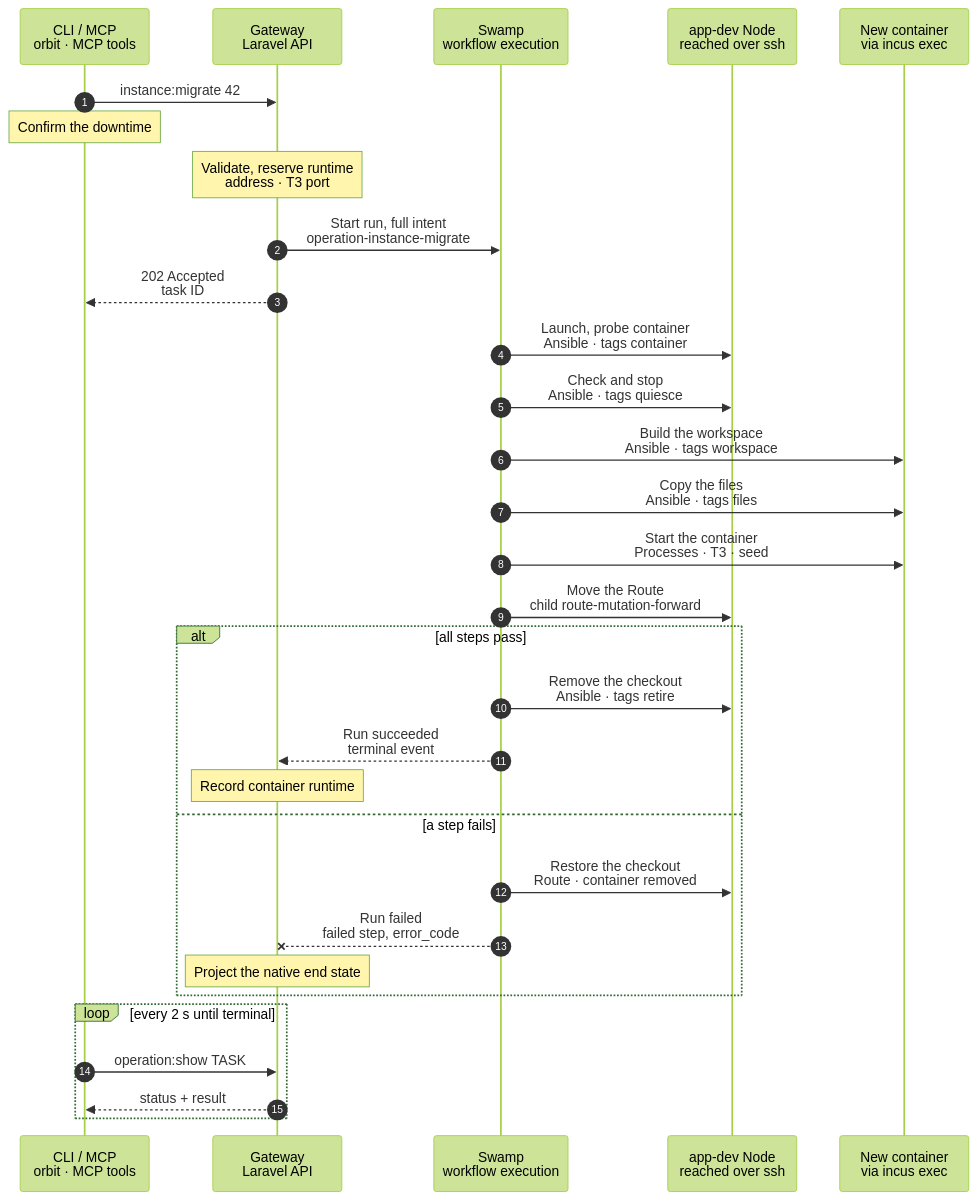
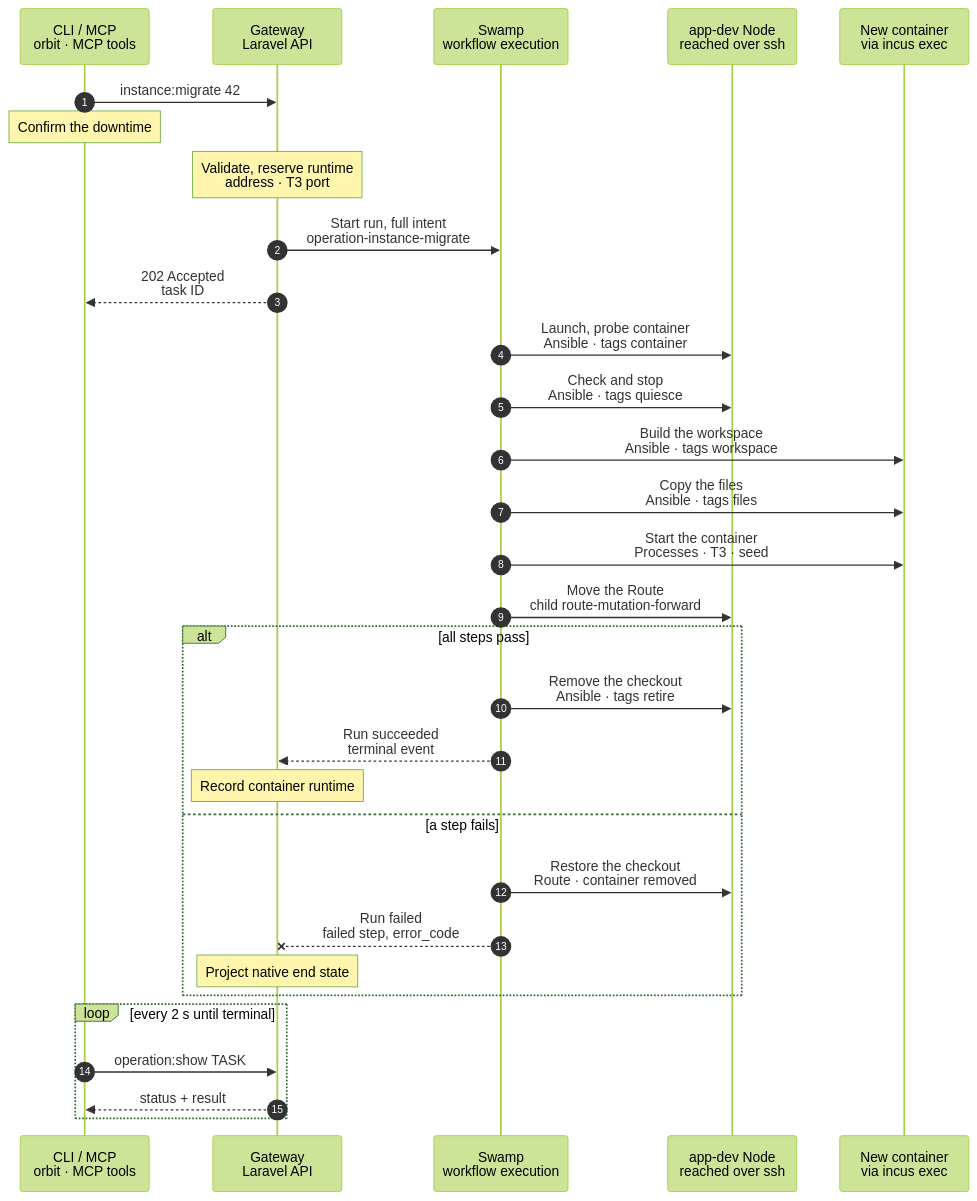
One commit to hardimpactdev/orbit changed the diagram in docs/cli/instance/migrate.mmd. Above: the diagram before and after it, drawn with Mermaid (forest theme).

Commit message:
docs: shorten migrate settlement chart label

```diff
--- a/docs/cli/instance/migrate.mmd
+++ b/docs/cli/instance/migrate.mmd
@@ -1,112 +1,112 @@
 sequenceDiagram
   %% Container runtime (ADR 0250 step 8, docs/reference/development-containers.md#migrate-a-checkout-instance): one checkout Instance moves into a container, with its code. Its database stays where it is, and the container gets its own way to it. A default Instance moves before the other Instances of its Project, and keeps its checkout until its last worktree has moved. The command exists only until the last checkout Instance has moved (docs/reference/old-paths.md). The container steps are the phases of docs/cli/instance/container/create-default.mmd and create.mmd.
   %% status: draft
   %% command: instance:migrate
   %% kind: instance.migrate
   autonumber
   %% lane CLI icon=terminal pill=caller tone=gray
   %% lane GW icon=gateway pill=intent tone=blue
   %% lane SW icon=workflow pill=executes tone=green
   %% lane N icon=server pill=target tone=amber
   %% lane C icon=server pill=target tone=purple
   participant CLI as CLI / MCP<br/>orbit · MCP tools
   participant GW as Gateway<br/>Laravel API
   participant SW as Swamp<br/>workflow execution
   participant N as app-dev Node<br/>reached over ssh
   participant C as New container<br/>via incus exec
   CLI->>GW: instance:migrate 42
   %%> Command:
   %%> - `orbit instance:migrate INSTANCE`
   %%> - syntax: `<instance> [--force] [--idempotency-key=KEY] [--json]`
   Note over CLI: Confirm the downtime
   %%> What it asks:
   %%> - the Instance goes down during the move, and its old checkout moves to retention after it; `--force` answers yes
   Note over GW: Validate, reserve runtime<br/>address · T3 port
   %%> Requirements:
   %%> - the Instance is an active checkout Instance on an `app-dev` Node of the build list, else `instance.migrate_unsupported`
   %%> - a non-default Instance needs its Project's default Instance in a container first, else `instance.default_not_migrated`
   %%> - the Instance has only ordinary systemd or supported `vp-dev` Processes, no unfinished deployment or Process operation/runtime cleanup and no Route beside its own; a non-default Instance needs Conn and the model router, as a clone does
   %%> - `vp-dev` keeps its identity, assigned port and desired state; unsupported preset versions, custom commands, external paths and recorded container port conflicts refuse before downtime, naming the Process and reason
   %%> - a web-serving Project names its PHP version; a missing version refuses with `project.source_defaults_incomplete`, naming `orbit project:update PROJECT --source-access=github_app` to record it from source
   %%> - a database on a Database server has an IPv4 address and a port, else `instance.database_clone_unsupported`
   %%> Result:
   %%> - the runtime reservation records its owning Operation; late receipts cannot change a newer owner
   %%> - the whole-run budget is 5,100 seconds; a lower-bound test includes declared child, restoration and cleanup timeouts
   %%> - the runtime record is reserved: the next bridge address and, for a non-default Instance, the lowest free T3 port
   %%> - the checkout stays the Instance's runtime until the Route has moved; the Route's Node is held for the run
   %%> - the Instance takes no deployment and no wake while the run lasts
   %%> - a non-default Instance's placeholder model key goes to the vault
   GW->>SW: Start run, full intent<br/>operation-instance-migrate
   GW-->>CLI: 202 Accepted<br/>task ID
   SW->>N: Launch, probe container<br/>Ansible · tags container
   %%> What it does:
   %%> - before any Node change, checks the recorded branch and every planned retirement; a refusal leaves prior resources untouched
   %%> - checks checkout symlinks and dependency package links before creating the container, skipping `.git` and installed package contents; broken links or targets outside the checkout refuse with `instance.migrate_symlink_unsupported`, naming every path and target
   %%> - retirement preflight refuses unpushed local branches or detached HEAD and stashes, with their existing named errors; it reads local refs only
   %%> - deletes a container that an earlier failed move left, then creates and starts the new container through the shared container phase; discard leaves shared bridge endpoint rules for host reconciliation
   %%> - each attached target gets an exact TCP allow in both the bridge and NIC ACLs; both keep default reject. Endpoint adds reread on ETag conflict, at most five attempts with a one-second delay
   %%> - probes every attached target from inside the container before downtime, else `instance.database_unreachable`
   %%> - fetches the branch from the checkout into the Node's mirror, including commits never pushed
   SW->>N: Check and stop<br/>Ansible · tags quiesce
   %%> What it does:
   %%> - repeats the branch, retirement and source symlink checks before stopping writers
   %%> - stops and disables the host Process units, then removes the awake marker
   %%> - records that quiesce began, so a failure before it never restarts host units or rewrites the awake marker
   SW->>C: Build the workspace<br/>Ansible · tags workspace
   %%> What it does:
   %%> - pushes the branch in as a bundle and checks it out in a standalone repository in `/srv/workspace`
   %%> - a non-default checkout is a linked worktree, so its `.git` is never copied
   SW->>C: Copy the files<br/>Ansible · tags files
   %%> What it does:
   %%> - copies every file that differs from the commit, every untracked file and every ignored file, `.env` among them
   %%> - removes the tracked files that the checkout deleted, and rewrites the checkout's path in `.env` to `/srv/workspace`
   %%> - checks the exact copied tree inside the container, maps old-checkout targets into the workspace and rewrites absolute internal links there; broken or external links fail with the same code before any Process starts, relative links keep their targets, and source links never change
   %%> - a non-default Instance gets the proxy device that publishes its T3 port
   SW->>C: Start the container<br/>Processes · T3 · seed
   %%> - container units use `network.target`, nonblocking starts and bounded readiness
   %%> What it does:
   %%> - starts FrankenPHP and the Instance's existing Processes as `orbit`, with the same ids and desired states; their environment files come through the vault
   %%> - writes the shared FrankenPHP Caddyfile and unit; only the Node's bridge peer with `X-Forwarded-Proto: https` sets PHP's HTTPS scheme, port and resolved client IP; other requests keep native values
   %%> - `vp-dev` uses the runtime folder’s `current/bin/vp`, workspace paths and its assigned port on `0.0.0.0`; only the Node can reach that port, and Caddy sends `/__orbit/vite` there
   %%> - a non-default Instance gets `/etc/orbit/instance`, the agent settings and its T3 server, registered as in create
   %%> - a default Instance gets its first `seed-<commit>` snapshot
   SW->>N: Move the Route<br/>child route-mutation-forward
   %%> What it does:
   %%> - points the Instance's Route at FrankenPHP in the container, and withdraws the checkout's PHP-FPM pool
   alt all steps pass
     SW->>N: Remove the checkout<br/>Ansible · tags retire
     %%> What it does:
     %%> - removes the old host Process units and their environment folders
     %%> - repeats the same retirement preflight as an early warning; a new blocker leaves the container serving and the checkout intact
     %%> - atomically moves each old checkout under `<checkout>.orbit-retired-git/<sha256 of original path>`; the retained root is beside the migrating Instance's checkout
     %%> - keeps the whole tree, including Git objects, refs, reflogs, `.git/modules` and nested repositories; a late worktree cannot lose its Git metadata to retirement
     %%> - records `retained_git_path` and `retained_git_at` on the Instance; `instance:show` and the Instance API expose them
     %%> - writes the awake marker; a default's checkout stays until its last worktree has moved; retirement never deletes or prunes Git metadata
     %%> If it fails:
     %%> - the container stays the Instance; the run fails with `instance.migrate_retire_failed`, and the source or retained checkout stays on the Node
     SW-->>GW: Run succeeded<br/>terminal event
     Note over GW: Record container runtime
     %%> Result:
     %%> - the Instance's workspace is the container's; the runtime runs, a default's row holds its seed commit
     %%> - a SQLite file moved with the files, so its connection record goes; stored `.env` values follow the new path
     %%> - the Conn layer records a non-default Instance's T3 server from the result
   else a step fails
     SW->>N: Restore the checkout<br/>Route · container removed
     %%> What it does:
     %%> - puts the Route back on the checkout when the run had moved it
     %%> - deletes the new container, its ACL, its firewall rules and its mirror
     %%> - restores host Process units and the awake marker only when quiesce began; an unreachable target causes zero downtime
     %%> - the checkout and database remain in place
     SW--xGW: Run failed<br/>failed step, error_code
-    Note over GW: Project the native end state
+    Note over GW: Project native end state
     %%> - settle native moved/restored/ready and failure evidence after deadline or confirmed cancellation; a restored runtime reservation is removed only while this Operation owns it
     %%> - an independent phase failure keeps its code; deadline abort stays failed/`operation.timed_out`, user abort stays cancelled
     %%> - a native finish supplies step statuses and times, even when no events streamed
     %%> Retry:
     %%> - run the same command again; it starts with a new container
     %%> - a restore that failed keeps the reserved record and its address, and names the failed step
   end
   loop every 2 s until terminal
     CLI->>GW: operation:show TASK
     GW-->>CLI: status + result
   end
```
